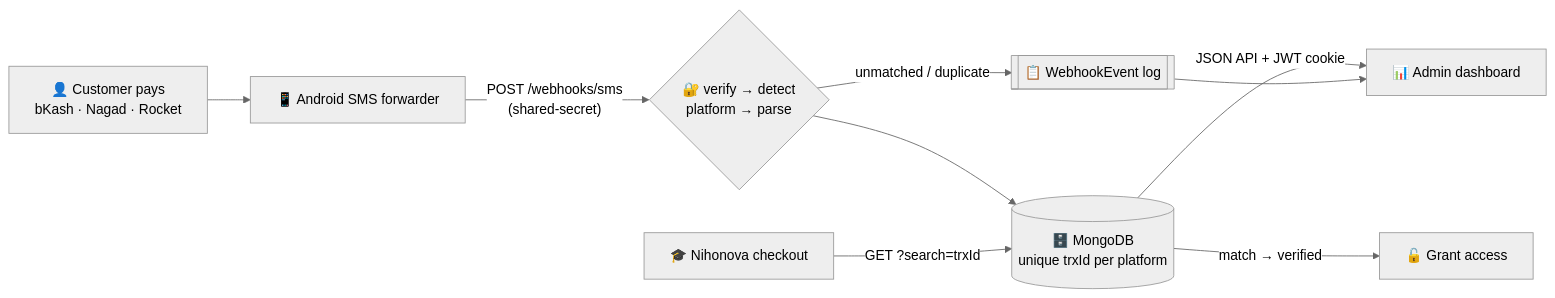
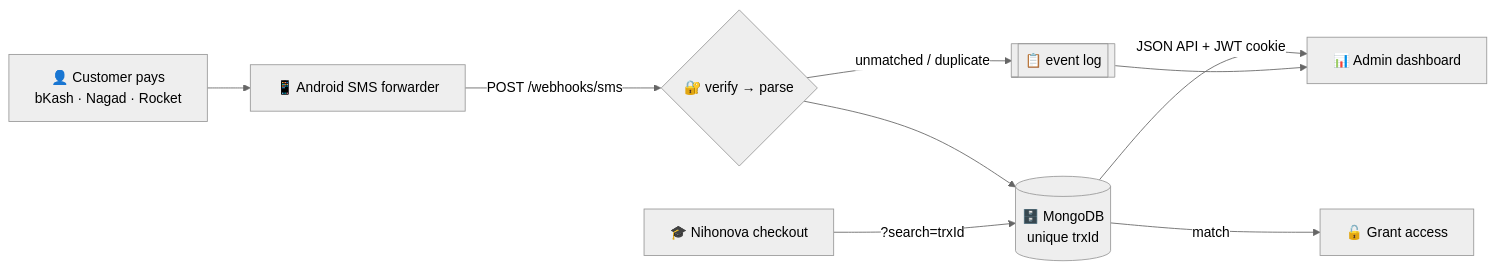
Before and after one commit to mrahmann0010/Nihonova-Payment-Gateway: the diagram in README.md, drawn with Mermaid (neutral theme). The commit also changed other lines of this file, not shown here.

````diff
--- a/README.md
+++ b/README.md
@@ -32,11 +29,11 @@
 ```mermaid
 flowchart LR
     A["👤 Customer pays<br/>bKash · Nagad · Rocket"] --> B["📱 Android SMS forwarder"]
-    B -->|"POST /webhooks/sms<br/>(shared-secret)"| C{"🔐 verify → detect<br/>platform → parse"}
-    C -->|"unmatched / duplicate"| L[["📋 WebhookEvent log"]]
-    C --> D[("🗄️ MongoDB<br/>unique trxId per platform")]
-    E["🎓 Nihonova checkout"] -->|"GET ?search=trxId"| D
-    D -->|"match → verified"| F["🔓 Grant access"]
+    B -->|"POST /webhooks/sms"| C{"🔐 verify → parse"}
+    C -->|"unmatched / duplicate"| L[["📋 event log"]]
+    C --> D[("🗄️ MongoDB<br/>unique trxId")]
+    E["🎓 Nihonova checkout"] -->|"?search=trxId"| D
+    D -->|"match"| F["🔓 Grant access"]
     D -->|"JSON API + JWT cookie"| G["📊 Admin dashboard"]
     L --> G
 ```
````
